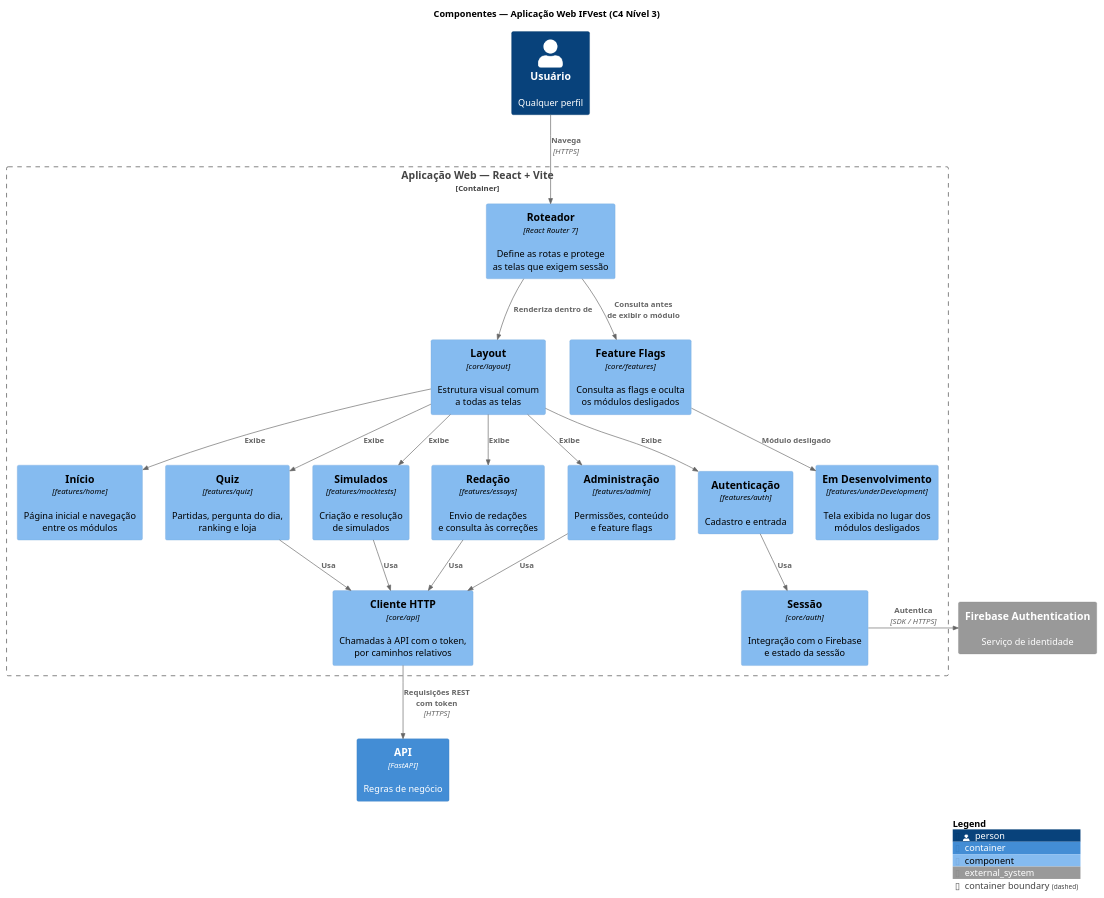
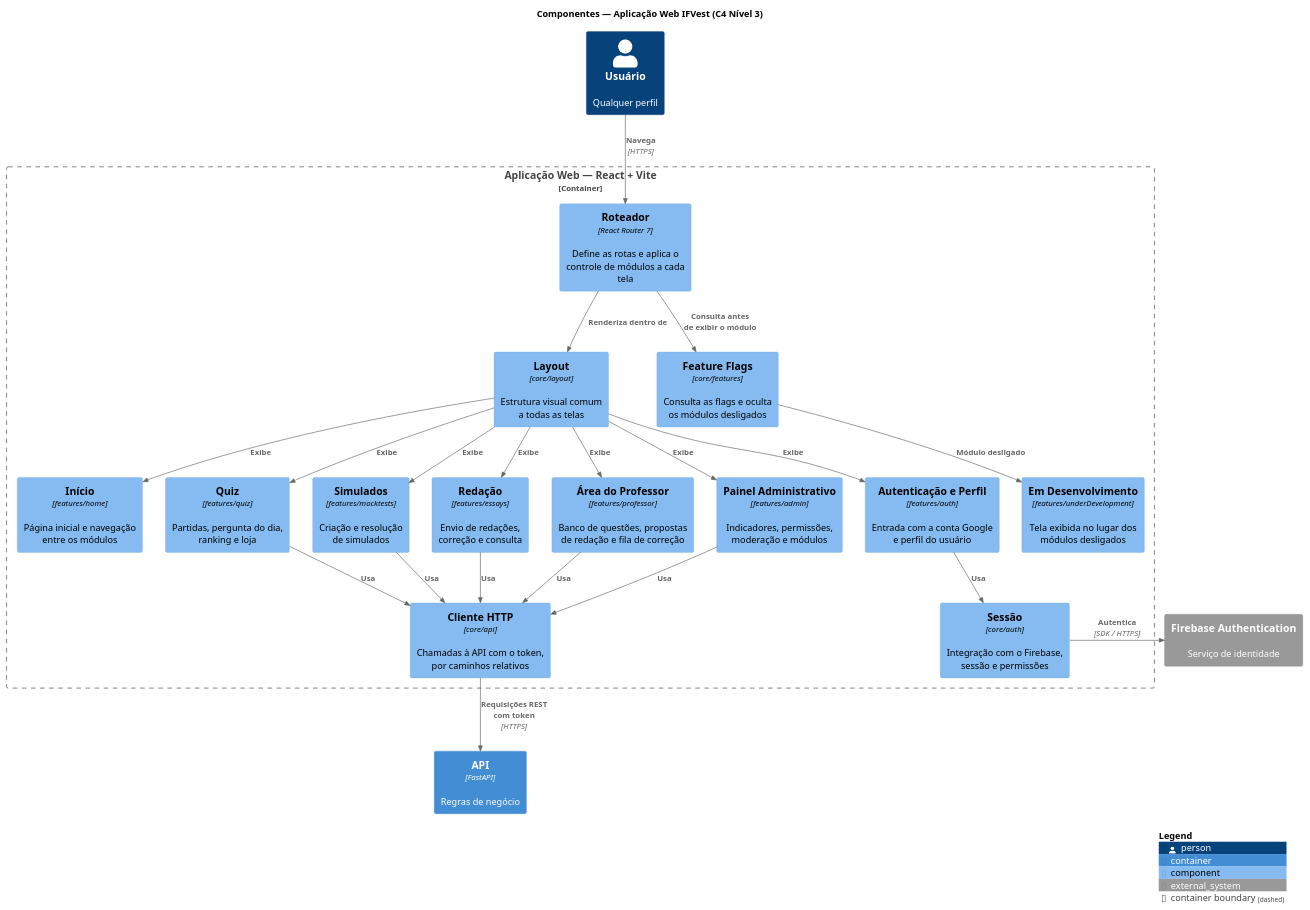
One commit to IthaloCavalcante/ifvest-docs changed the diagram in docs/diagrams/src/c4_l3_componentes_4.puml. Above: the diagram before and after it, drawn with PlantUML. The commit also changed 17 other files, not shown here.

```diff
--- a/docs/diagrams/src/c4_l3_componentes_4.puml
+++ b/docs/diagrams/src/c4_l3_componentes_4.puml
@@ -1,52 +1,55 @@
 @startuml C4_Componentes_Frontend
 !include https://raw.githubusercontent.com/plantuml-stdlib/C4-PlantUML/master/C4_Component.puml
 
 title Componentes — Aplicação Web IFVest (C4 Nível 3)
 
 LAYOUT_TOP_DOWN()
 
 Person(usuario, "Usuário", "Qualquer perfil")
 
 Container_Boundary(web, "Aplicação Web — React + Vite") {
-    Component(router, "Roteador", "React Router 7", "Define as rotas e protege\nas telas que exigem sessão")
+    Component(router, "Roteador", "React Router 7", "Define as rotas e aplica o\ncontrole de módulos a cada tela")
     Component(layout, "Layout", "core/layout", "Estrutura visual comum\na todas as telas")
 
     Component(f_home, "Início", "features/home", "Página inicial e navegação\nentre os módulos")
     Component(f_quiz, "Quiz", "features/quiz", "Partidas, pergunta do dia,\nranking e loja")
     Component(f_mock, "Simulados", "features/mocktests", "Criação e resolução\nde simulados")
-    Component(f_essays, "Redação", "features/essays", "Envio de redações\ne consulta às correções")
-    Component(f_admin, "Administração", "features/admin", "Permissões, conteúdo\ne feature flags")
-    Component(f_auth, "Autenticação", "features/auth", "Cadastro e entrada")
+    Component(f_essays, "Redação", "features/essays", "Envio de redações,\ncorreção e consulta")
+    Component(f_prof, "Área do Professor", "features/professor", "Banco de questões, propostas\nde redação e fila de correção")
+    Component(f_admin, "Painel Administrativo", "features/admin", "Indicadores, permissões,\nmoderação e módulos")
+    Component(f_auth, "Autenticação e Perfil", "features/auth", "Entrada com a conta Google\ne perfil do usuário")
     Component(f_dev, "Em Desenvolvimento", "features/underDevelopment", "Tela exibida no lugar dos\nmódulos desligados")
 
     Component(c_api, "Cliente HTTP", "core/api", "Chamadas à API com o token,\npor caminhos relativos")
-    Component(c_auth, "Sessão", "core/auth", "Integração com o Firebase\ne estado da sessão")
+    Component(c_auth, "Sessão", "core/auth", "Integração com o Firebase,\nsessão e permissões")
     Component(c_feat, "Feature Flags", "core/features", "Consulta as flags e oculta\nos módulos desligados")
 }
 
 Container(api, "API", "FastAPI", "Regras de negócio")
 System_Ext(firebase, "Firebase Authentication", "Serviço de identidade")
 
 Rel_D(usuario, router, "Navega", "HTTPS")
 Rel_D(router, layout, "Renderiza dentro de")
 Rel_D(router, c_feat, "Consulta antes\nde exibir o módulo")
 Rel_D(c_feat, f_dev, "Módulo desligado")
 
 Rel_D(layout, f_home, "Exibe")
 Rel_D(layout, f_quiz, "Exibe")
 Rel_D(layout, f_mock, "Exibe")
 Rel_D(layout, f_essays, "Exibe")
+Rel_D(layout, f_prof, "Exibe")
 Rel_D(layout, f_admin, "Exibe")
 Rel_D(layout, f_auth, "Exibe")
 
 Rel_D(f_quiz, c_api, "Usa")
 Rel_D(f_mock, c_api, "Usa")
 Rel_D(f_essays, c_api, "Usa")
+Rel_D(f_prof, c_api, "Usa")
 Rel_D(f_admin, c_api, "Usa")
 Rel_D(f_auth, c_auth, "Usa")
 
 Rel_R(c_auth, firebase, "Autentica", "SDK / HTTPS")
 Rel_D(c_api, api, "Requisições REST\ncom token", "HTTPS")
 
 SHOW_LEGEND()
 @enduml
```
